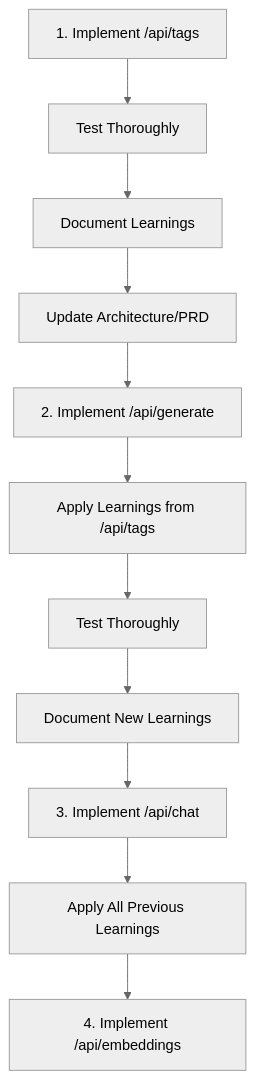
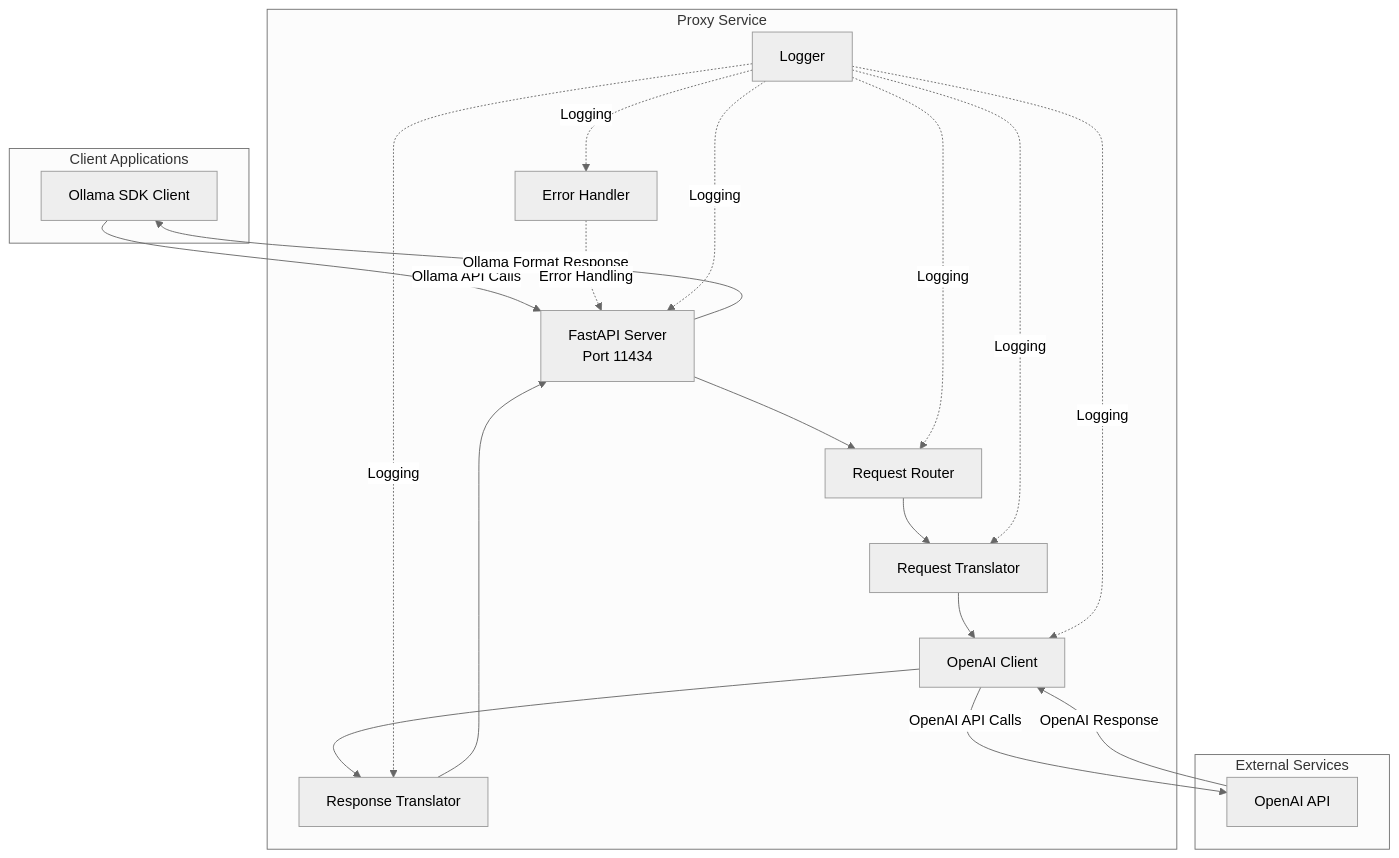
Before and after one commit to eyalrot/ollama-openai-bmad-prepare: the first of 4 diagrams in docs/architecture.md, drawn with Mermaid (neutral theme). The commit also changed other lines of this file, not shown here.

Commit message:
architecture-prd-ready

````diff
--- a/docs/architecture.md
+++ b/docs/architecture.md
@@ -656,13 +43,38 @@
 ```mermaid
-graph TD
-    A[1. Implement /api/tags] --> B[Test Thoroughly]
-    B --> C[Document Learnings]
-    C --> D[Update Architecture/PRD]
-    D --> E[2. Implement /api/generate]
-    E --> F[Apply Learnings from /api/tags]
-    F --> G[Test Thoroughly]
-    G --> H[Document New Learnings]
-    H --> I[3. Implement /api/chat]
-    I --> J[Apply All Previous Learnings]
-    J --> K[4. Implement /api/embeddings]
+graph TB
+    subgraph "Client Applications"
+        A[Ollama SDK Client]
+    end
+    
+    subgraph "Proxy Service"
+        B[FastAPI Server<br/>Port 11434]
+        C[Request Router]
+        D[Request Translator]
+        E[OpenAI Client]
+        F[Response Translator]
+        G[Error Handler]
+        H[Logger]
+    end
+    
+    subgraph "External Services"
+        I[OpenAI API]
+    end
+    
+    A -->|Ollama API Calls| B
+    B --> C
+    C --> D
+    D --> E
+    E -->|OpenAI API Calls| I
+    I -->|OpenAI Response| E
+    E --> F
+    F --> B
+    B -->|Ollama Format Response| A
+    
+    G -.->|Error Handling| B
+    H -.->|Logging| B
+    H -.->|Logging| C
+    H -.->|Logging| D
+    H -.->|Logging| E
+    H -.->|Logging| F
+    H -.->|Logging| G
 ```
````
